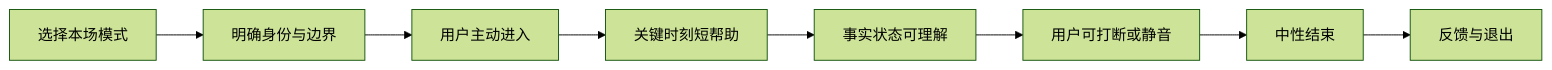
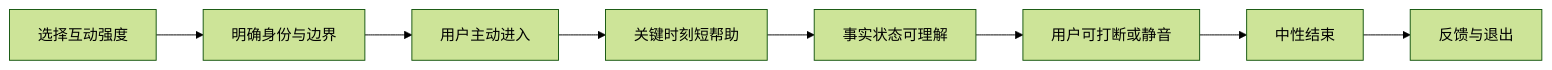
The third of 3 diagrams in docs/球球全套资料/3.验证与商业模式/17-功能优先级与版本规划.md (weiz98417-crypto/qiuqiu), drawn with Mermaid (forest theme) before and after one commit. The commit also changed other lines of this file and 10 other files, not shown here.

````diff
--- a/docs/球球全套资料/3.验证与商业模式/17-功能优先级与版本规划.md
+++ b/docs/球球全套资料/3.验证与商业模式/17-功能优先级与版本规划.md
@@ -514,10 +364,10 @@
 ```mermaid
 flowchart LR
-    A[选择本场模式] --> B[明确身份与边界]
+    A[选择互动强度] --> B[明确身份与边界]
     B --> C[用户主动进入]
     C --> D[关键时刻短帮助]
     D --> E[事实状态可理解]
     E --> F[用户可打断或静音]
     F --> G[中性结束]
     G --> H[反馈与退出]
 ```
````
